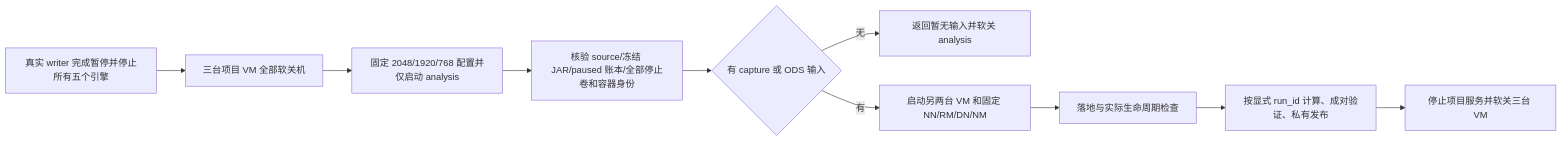
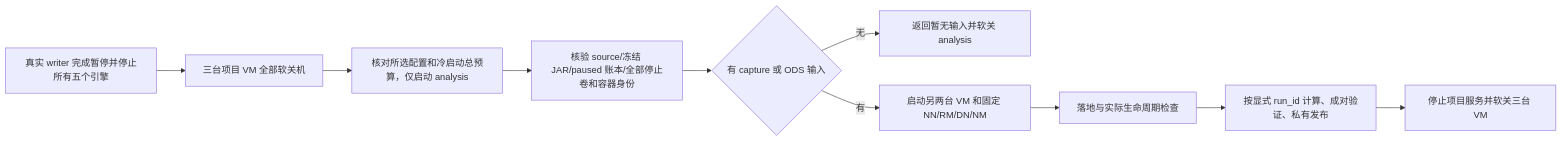
The diagram in docs/real-offline-small.md (X1aoB/Snow_Statistics), drawn with Mermaid before and after one commit. The commit also changed other lines of this file and 15 other files, not shown here.

````diff
--- a/docs/real-offline-small.md
+++ b/docs/real-offline-small.md
@@ -21,12 +27,12 @@
 ```mermaid
 flowchart LR
     A[真实 writer 完成暂停并停止所有五个引擎] --> B[三台项目 VM 全部软关机]
-    B --> C[固定 2048/1920/768 配置并仅启动 analysis]
+    B --> C[核对所选配置和冷启动总预算，仅启动 analysis]
     C --> D[核验 source/冻结 JAR/paused 账本/全部停止卷和容器身份]
     D --> E{有 capture 或 ODS 输入}
     E -->|无| F[返回暂无输入并软关 analysis]
     E -->|有| G[启动另两台 VM 和固定 NN/RM/DN/NM]
     G --> H[落地与实际生命周期检查]
     H --> I[按显式 run_id 计算、成对验证、私有发布]
     I --> J[停止项目服务并软关三台 VM]
 ```
````
